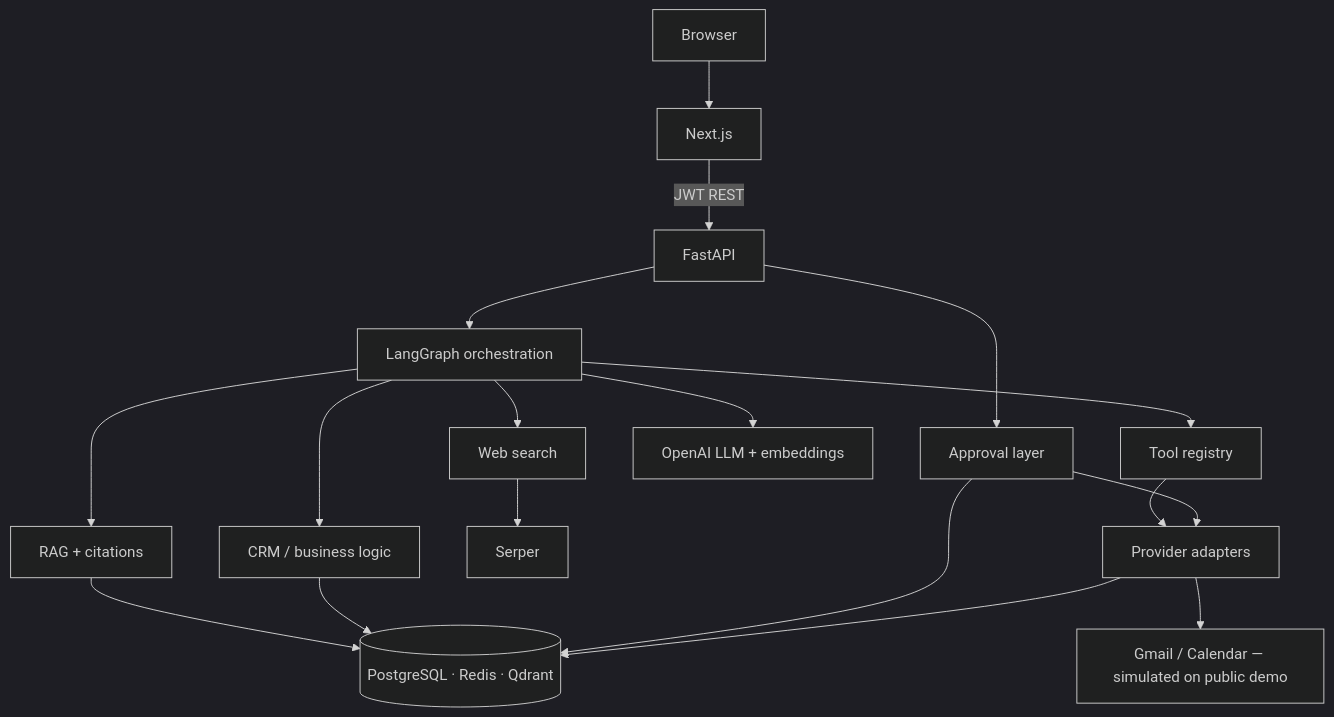
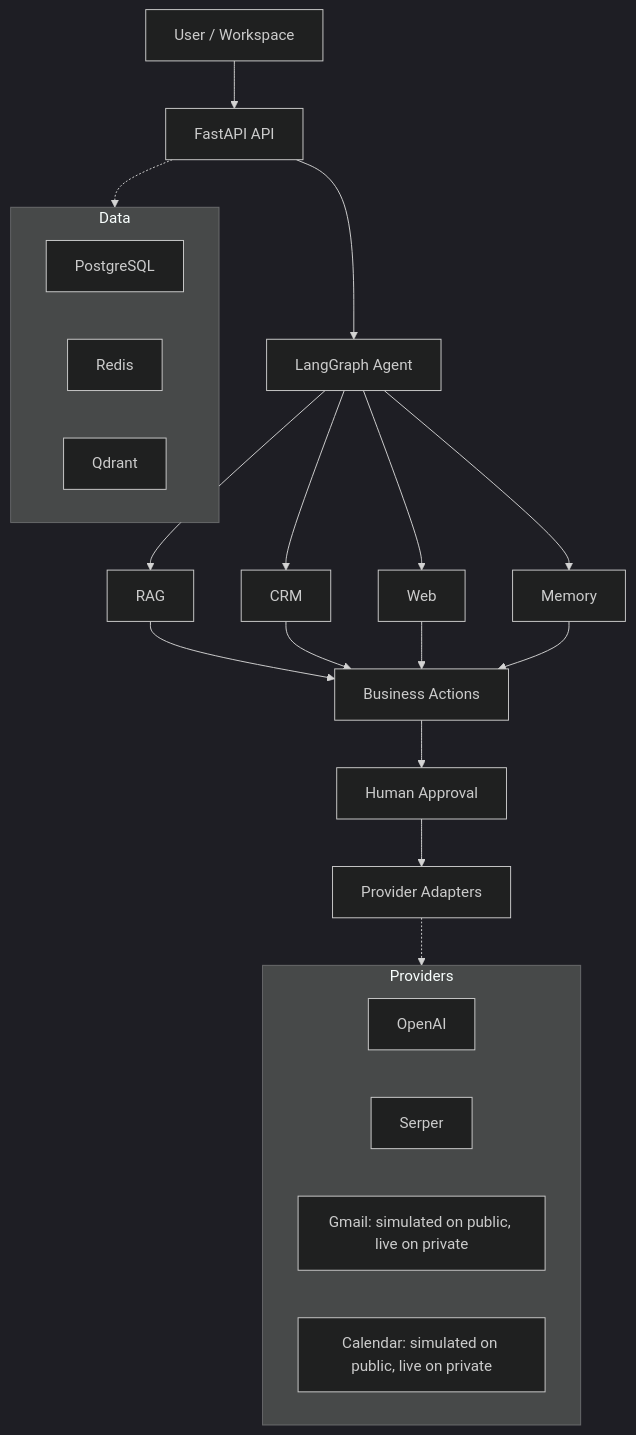
Before and after one commit to Fejjii/OnePilot-AI: the second of 3 diagrams in README.md, drawn with Mermaid (dark theme). The commit also changed other lines of this file and 7 other files, not shown here.

````diff
--- a/README.md
+++ b/README.md
@@ -78,23 +133,34 @@
 ```mermaid
 flowchart TB
-    Browser["Browser"] --> FE["Next.js"]
-    FE -->|"JWT REST"| API["FastAPI"]
-    API --> Agent["LangGraph orchestration"]
-    API --> HITL["Approval layer"]
+    User["User / Workspace"] --> API["FastAPI API"]
+    API --> Agent["LangGraph Agent"]
 
-    Agent --> RAG["RAG + citations"]
-    Agent --> CRM["CRM / business logic"]
-    Agent --> Web["Web search"]
-    Agent --> Tools["Tool registry"]
+    Agent --> RAG["RAG"]
+    Agent --> CRM["CRM"]
+    Agent --> Web["Web"]
+    Agent --> Mem["Memory"]
 
-    RAG --> Data[("PostgreSQL · Redis · Qdrant")]
-    CRM --> Data
-    HITL --> Data
+    RAG --> Actions["Business Actions"]
+    CRM --> Actions
+    Web --> Actions
+    Mem --> Actions
 
-    Agent --> OpenAI["OpenAI LLM + embeddings"]
-    Web --> Serper["Serper"]
-    Tools --> Adapters["Provider adapters"]
-    HITL --> Adapters
-    Adapters --> Mock["Gmail / Calendar — simulated on public demo"]
-    Adapters --> Data
+    Actions --> HITL["Human Approval"]
+    HITL --> Adapters["Provider Adapters"]
+
+    subgraph Data["Data"]
+        PG["PostgreSQL"]
+        RD["Redis"]
+        QD["Qdrant"]
+    end
+
+    subgraph Providers["Providers"]
+        OA["OpenAI"]
+        SP["Serper"]
+        GM["Gmail: simulated on public, live on private"]
+        GC["Calendar: simulated on public, live on private"]
+    end
+
+    API -.-> Data
+    Adapters -.-> Providers
 ```
````
